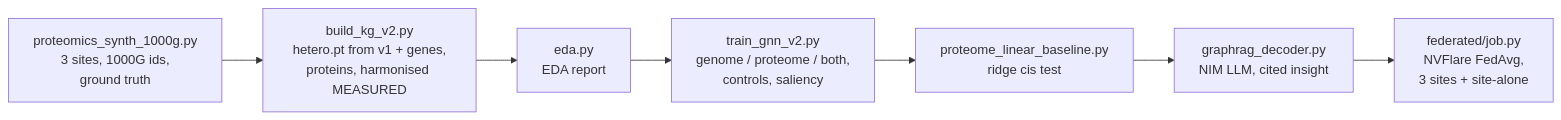
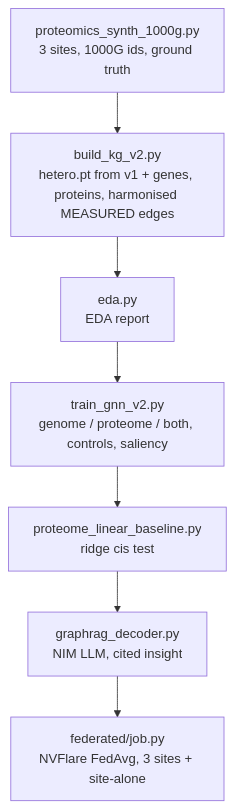
Before and after one commit to collaborativebioinformatics/ProGenome: the second of 5 diagrams in genomics/RESULTS.md, drawn with Mermaid. The commit also changed other lines of this file, not shown here.

Commit message:
genomics: workflow diagram as two vertical Mermaid chains for GitHub

````diff
--- a/genomics/RESULTS.md
+++ b/genomics/RESULTS.md
@@ -34,4 +36,4 @@
 ```mermaid
-flowchart LR
-  H["proteomics_synth_1000g.py<br/>3 sites, 1000G ids,<br/>ground truth"] --> I["build_kg_v2.py<br/>hetero.pt from v1 + genes,<br/>proteins, harmonised MEASURED"] --> J["eda.py<br/>EDA report"] --> K["train_gnn_v2.py<br/>genome / proteome / both,<br/>controls, saliency"] --> L["proteome_linear_baseline.py<br/>ridge cis test"] --> M["graphrag_decoder.py<br/>NIM LLM, cited insight"] --> N["federated/job.py<br/>NVFlare FedAvg,<br/>3 sites + site-alone"]
+flowchart TB
+  H["proteomics_synth_1000g.py<br/>3 sites, 1000G ids, ground truth"] --> I["build_kg_v2.py<br/>hetero.pt from v1 + genes, proteins, harmonised MEASURED edges"] --> J["eda.py<br/>EDA report"] --> K["train_gnn_v2.py<br/>genome / proteome / both, controls, saliency"] --> L["proteome_linear_baseline.py<br/>ridge cis test"] --> M["graphrag_decoder.py<br/>NIM LLM, cited insight"] --> N["federated/job.py<br/>NVFlare FedAvg, 3 sites + site-alone"]
 ```
````
